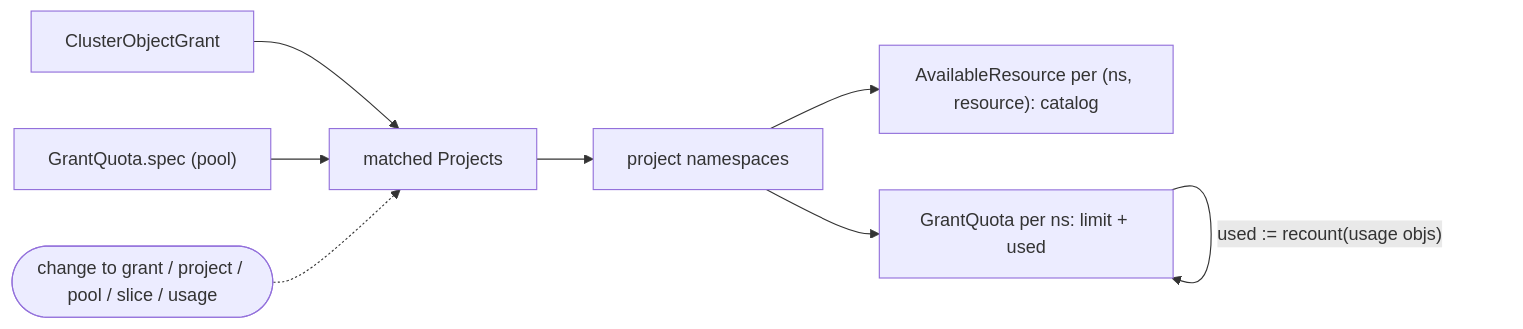
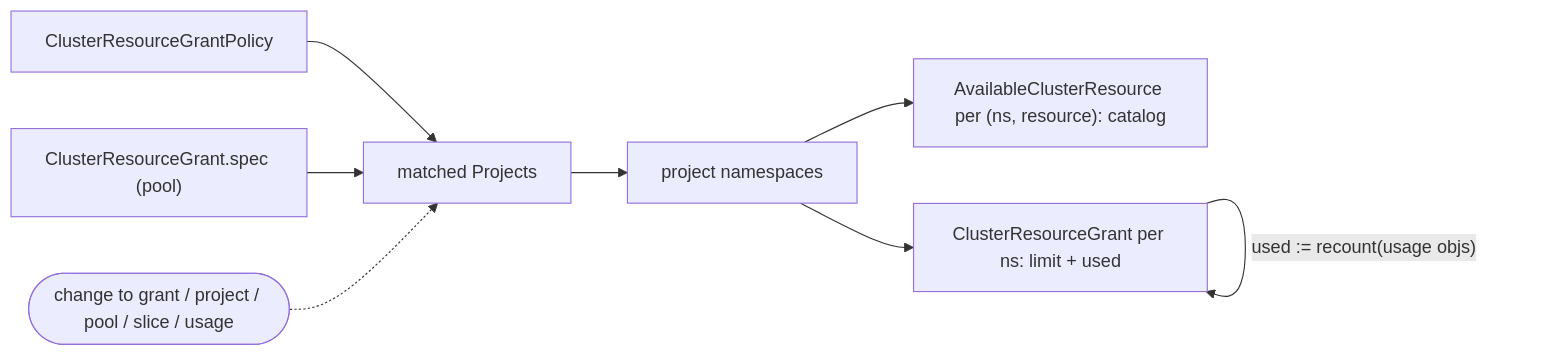
One commit to deckhouse/deckhouse changed the third of 4 diagrams in modules/160-multitenancy-manager/docs/internal/CLUSTER_OBJECT_GRANTS_DESIGN.md. Above: the diagram before and after it, drawn with Mermaid. The commit also changed other lines of this file and 45 other files, not shown here.

First line of the commit message:
[multitenancy-manager] rename CRDs to cluster-resource terminology

````diff
--- a/modules/160-multitenancy-manager/docs/internal/CLUSTER_OBJECT_GRANTS_DESIGN.md
+++ b/modules/160-multitenancy-manager/docs/internal/CLUSTER_OBJECT_GRANTS_DESIGN.md
@@ -379,10 +379,10 @@
 ```mermaid
 flowchart LR
-  G[ClusterObjectGrant] --> P[matched Projects]
-  GQ["GrantQuota.spec (pool)"] --> P
+  G[ClusterResourceGrantPolicy] --> P[matched Projects]
+  GQ["ClusterResourceGrant.spec (pool)"] --> P
   P --> N[project namespaces]
-  N --> A["AvailableResource per (ns, resource): catalog"]
-  N --> Q["GrantQuota per ns: limit + used"]
+  N --> A["AvailableClusterResource per (ns, resource): catalog"]
+  N --> Q["ClusterResourceGrant per ns: limit + used"]
   Q -- "used := recount(usage objs)" --> Q
   T(["change to grant / project / pool / slice / usage"]) -.-> P
 ```
````
